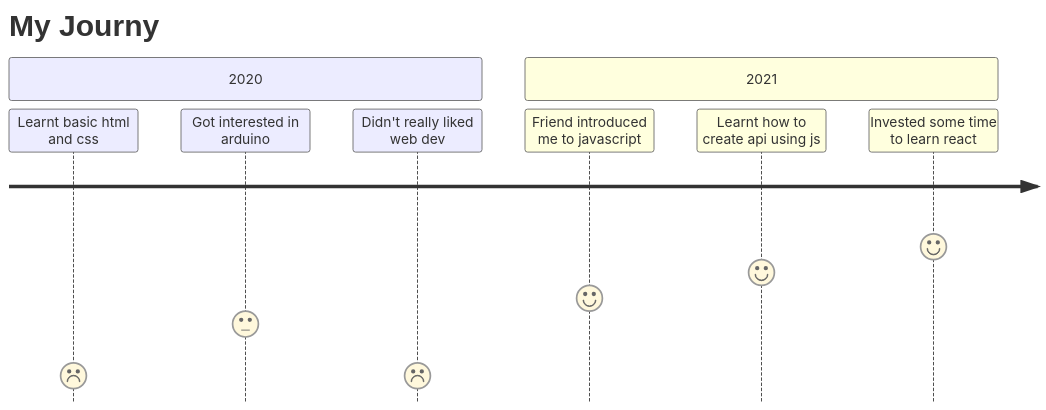
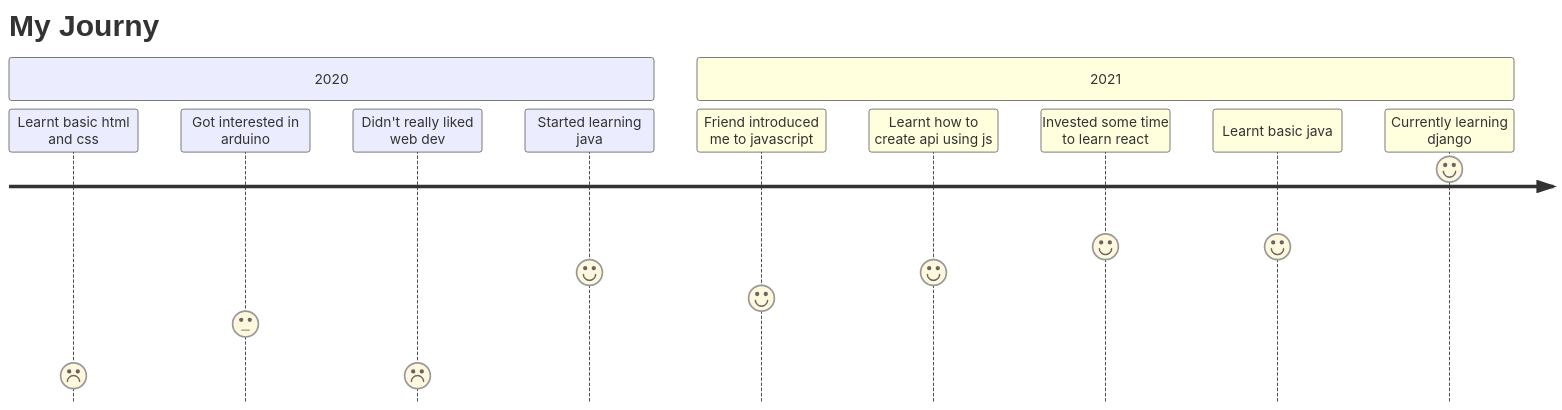
Before and after one commit to pratik-londhe4/pratik-londhe4: the diagram in README.md, drawn with Mermaid.

````diff
--- a/README.md
+++ b/README.md
@@ -16,16 +16,20 @@
 ```mermaid
 journey
 	title   My Journy 
 	section 2020
 		Learnt basic html and css  :  1
 		Got interested in arduino  : 3
 		Didn't really liked web dev : 1
+		Started learning java : 5
 		
 	section 2021
 		Friend introduced me to javascript : 4
 		Learnt how to create api using js : 5
 		Invested some time to learn react : 6
+		Learnt basic java : 6
+		
 		
 	section 2021
+		Currently learning django : 9
 		
 ```
````
